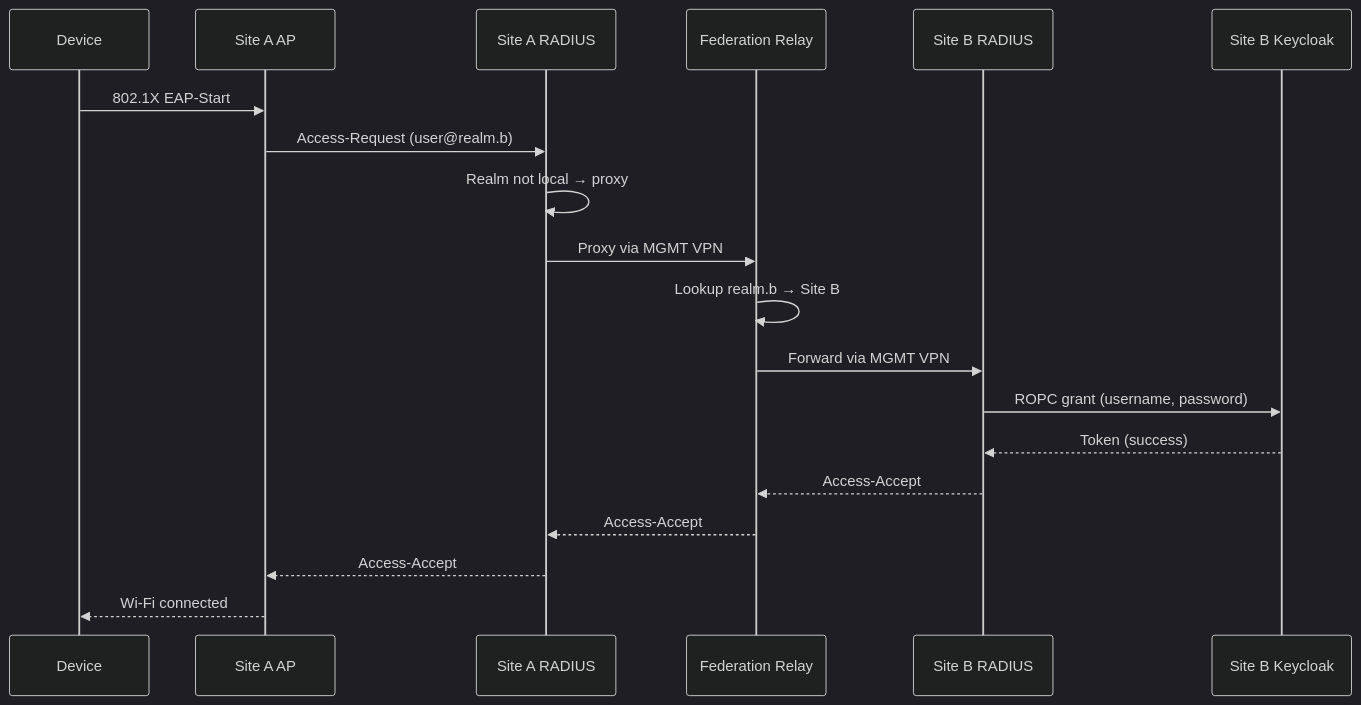
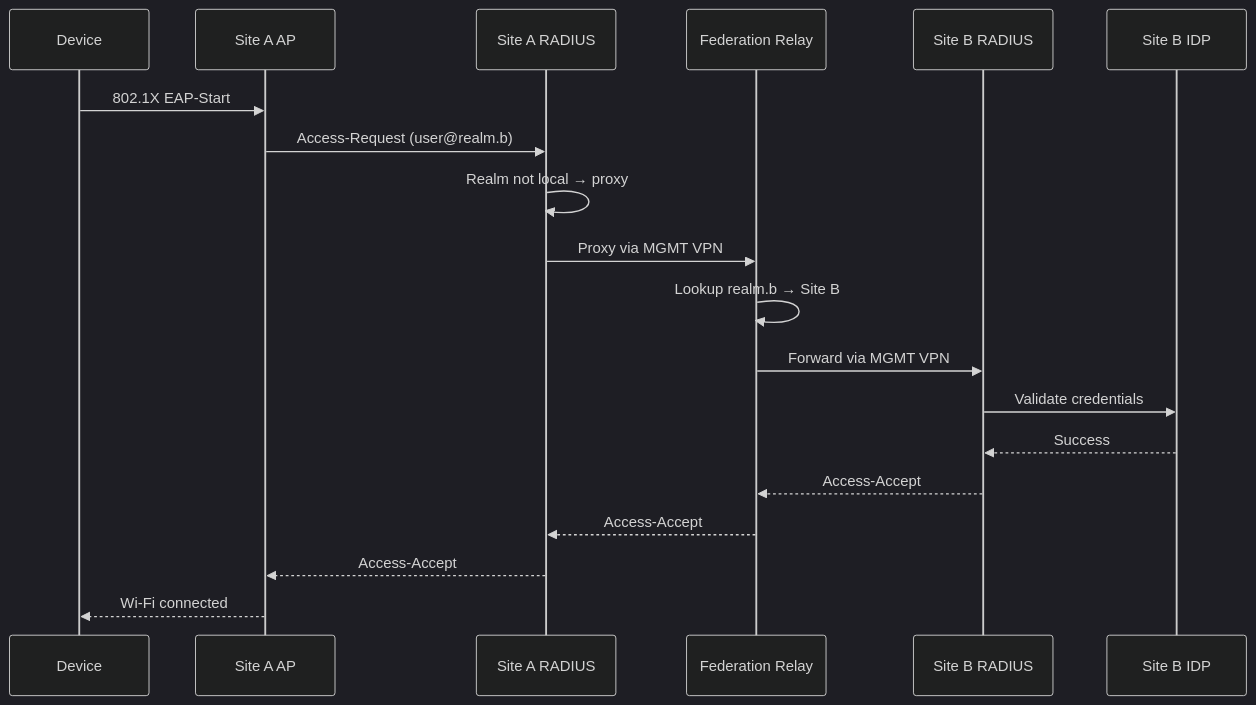
One commit to FadianRoam/fadianroam-blueprint changed the second of 2 diagrams in docs/architecture/auth.md. Above: the diagram before and after it, drawn with Mermaid (dark theme). The commit also changed other lines of this file and 7 other files, not shown here.

````diff
--- a/docs/architecture/auth.md
+++ b/docs/architecture/auth.md
@@ -52,22 +52,22 @@
 ```mermaid
 sequenceDiagram
     participant D as Device
     participant AP as Site A AP
     participant RA as Site A RADIUS
     participant RELAY as Federation Relay
     participant RB as Site B RADIUS
-    participant KB as Site B Keycloak
+    participant IDB as Site B IDP
 
     D->>AP: 802.1X EAP-Start
     AP->>RA: Access-Request (user@realm.b)
     RA->>RA: Realm not local → proxy
     RA->>RELAY: Proxy via MGMT VPN
     RELAY->>RELAY: Lookup realm.b → Site B
     RELAY->>RB: Forward via MGMT VPN
-    RB->>KB: ROPC grant (username, password)
-    KB-->>RB: Token (success)
+    RB->>IDB: Validate credentials
+    IDB-->>RB: Success
     RB-->>RELAY: Access-Accept
     RELAY-->>RA: Access-Accept
     RA-->>AP: Access-Accept
     AP-->>D: Wi-Fi connected
 ```
````
